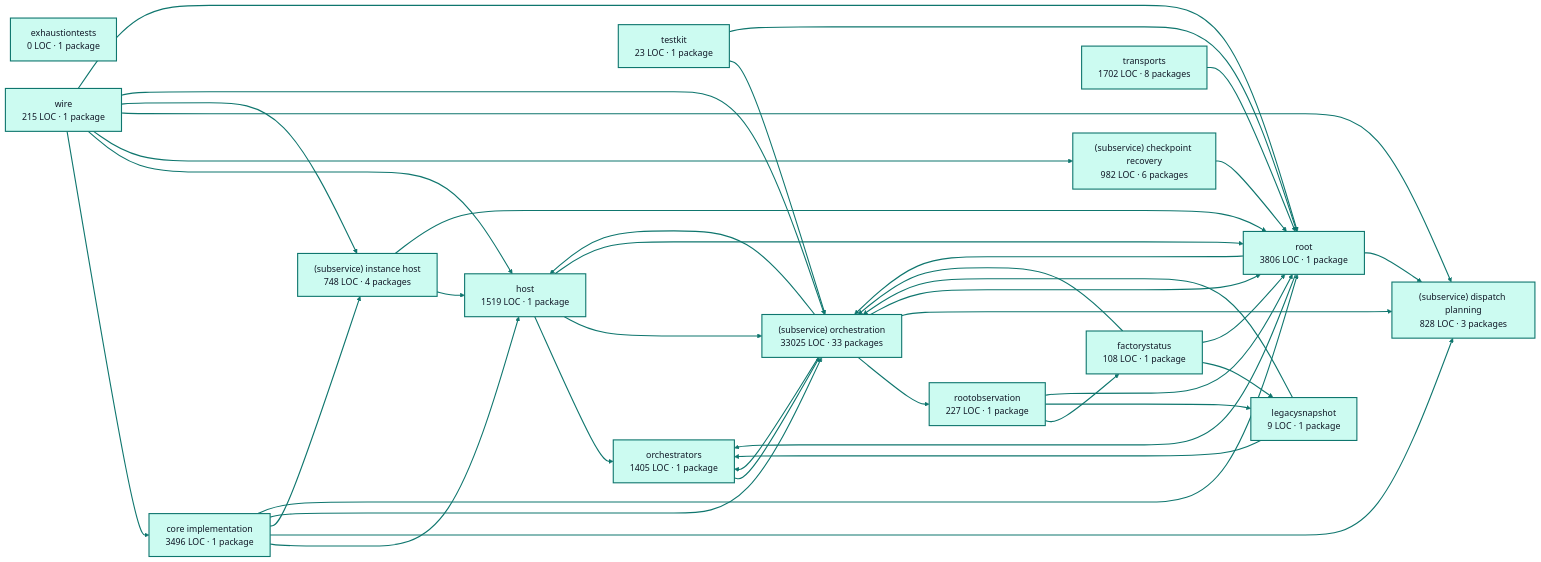
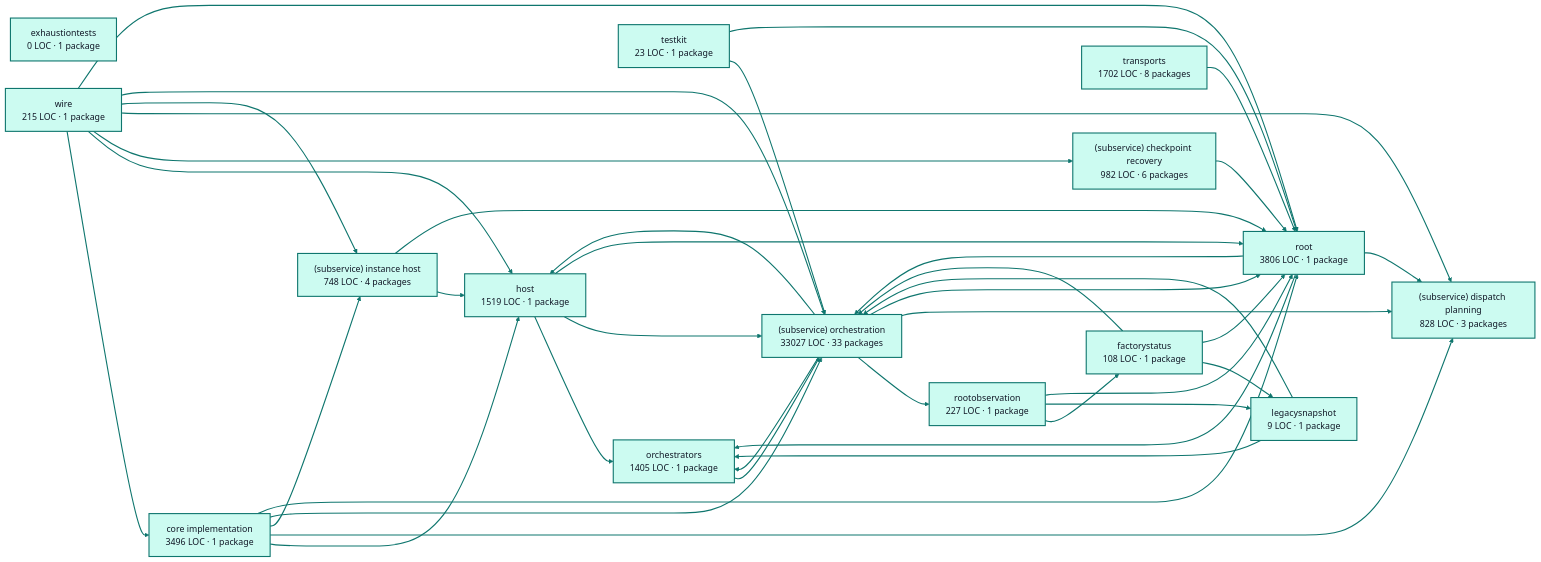
Before and after one commit to portpowered/you-agent-factory: the diagram in docs/architecture/visualizations/services/factory_runtime.md, drawn with Mermaid. The commit also changed other lines of this file and 20 other files, not shown here.

Commit message:
docs: refresh backend architecture visualizations

````diff
--- a/docs/architecture/visualizations/services/factory_runtime.md
+++ b/docs/architecture/visualizations/services/factory_runtime.md
@@ -11,72 +11,72 @@
 ```mermaid
 flowchart LR
   p0["core implementation<br/>3496 LOC · 1 package"]
   p1["exhaustiontests<br/>0 LOC · 1 package"]
   p2["factorystatus<br/>108 LOC · 1 package"]
   p3["host<br/>1519 LOC · 1 package"]
   p4["legacysnapshot<br/>9 LOC · 1 package"]
   p5["orchestrators<br/>1405 LOC · 1 package"]
   p6["rootobservation<br/>227 LOC · 1 package"]
   p7["(subservice) checkpoint recovery<br/>982 LOC · 6 packages"]
   p8["(subservice) dispatch planning<br/>828 LOC · 3 packages"]
   p9["(subservice) instance host<br/>748 LOC · 4 packages"]
-  p10["(subservice) orchestration<br/>33025 LOC · 33 packages"]
+  p10["(subservice) orchestration<br/>33027 LOC · 33 packages"]
   p11["testkit<br/>23 LOC · 1 package"]
   p12["root<br/>3806 LOC · 1 package"]
   p13["transports<br/>1702 LOC · 8 packages"]
   p14["wire<br/>215 LOC · 1 package"]
   p0 --> p3
   p0 --> p8
   p0 --> p9
   p0 --> p10
   p0 --> p12
   p2 --> p4
   p2 --> p10
   p2 --> p12
   p3 --> p5
   p3 --> p10
   p3 --> p12
   p4 --> p5
   p4 --> p10
   p5 --> p10
   p6 --> p2
   p6 --> p4
   p6 --> p12
   p7 --> p12
   p9 --> p3
   p9 --> p12
   p10 --> p3
   p10 --> p5
   p10 --> p6
   p10 --> p8
   p10 --> p12
   p11 --> p10
   p11 --> p12
   p12 --> p5
   p12 --> p8
   p12 --> p10
   p13 --> p12
   p14 --> p0
   p14 --> p3
   p14 --> p7
   p14 --> p8
   p14 --> p9
   p14 --> p10
   p14 --> p12
   style p0 fill:#ccfbf1,stroke:#0f766e,stroke-width:2px,color:#111827
   style p1 fill:#ccfbf1,stroke:#0f766e,stroke-width:2px,color:#111827
   style p2 fill:#ccfbf1,stroke:#0f766e,stroke-width:2px,color:#111827
   style p3 fill:#ccfbf1,stroke:#0f766e,stroke-width:2px,color:#111827
   style p4 fill:#ccfbf1,stroke:#0f766e,stroke-width:2px,color:#111827
   style p5 fill:#ccfbf1,stroke:#0f766e,stroke-width:2px,color:#111827
   style p6 fill:#ccfbf1,stroke:#0f766e,stroke-width:2px,color:#111827
   style p7 fill:#ccfbf1,stroke:#0f766e,stroke-width:2px,color:#111827
   style p8 fill:#ccfbf1,stroke:#0f766e,stroke-width:2px,color:#111827
   style p9 fill:#ccfbf1,stroke:#0f766e,stroke-width:2px,color:#111827
   style p10 fill:#ccfbf1,stroke:#0f766e,stroke-width:2px,color:#111827
   style p11 fill:#ccfbf1,stroke:#0f766e,stroke-width:2px,color:#111827
   style p12 fill:#ccfbf1,stroke:#0f766e,stroke-width:2px,color:#111827
   style p13 fill:#ccfbf1,stroke:#0f766e,stroke-width:2px,color:#111827
   style p14 fill:#ccfbf1,stroke:#0f766e,stroke-width:2px,color:#111827
   linkStyle default stroke:#0f766e,stroke-width:2px
 ```
````
